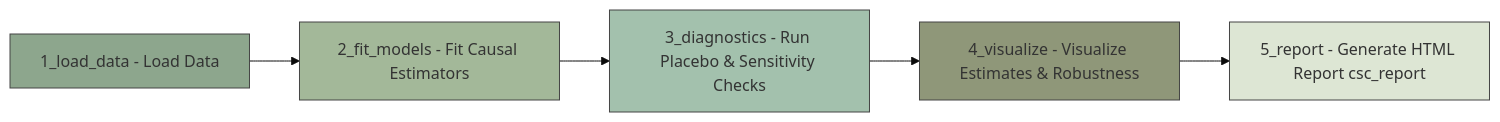
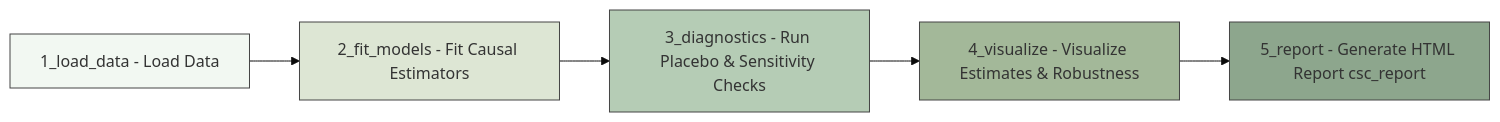
The diagram in README.md (yryrena/causalSenseCheck), drawn with Mermaid (base theme) before and after one commit.

````diff
--- a/README.md
+++ b/README.md
@@ -14,13 +14,13 @@
 ```mermaid
 flowchart LR
     A[1_load_data - Load Data] --> B[2_fit_models - Fit Causal Estimators]
     B --> C[3_diagnostics - Run Placebo & Sensitivity Checks]
     C --> D[4_visualize - Visualize Estimates & Robustness]
     D --> E[5_report - Generate HTML Report csc_report]
 
-    style A fill:#8da68d,stroke:#444,stroke-width:1px
-    style B fill:#a3b899,stroke:#444,stroke-width:1px
-    style C fill:#a3c1ad,stroke:#444,stroke-width:1px
-    style D fill:#8f9779,stroke:#444,stroke-width:1px
-    style E fill:#dde6d4,stroke:#444,stroke-width:1px
+    style A fill:#f2f8f2,stroke:#444,stroke-width:1px
+    style B fill:#dde6d4,stroke:#444,stroke-width:1px
+    style C fill:#b5ccb5,stroke:#444,stroke-width:1px
+    style D fill:#a3b899,stroke:#444,stroke-width:1px
+    style E fill:#8da68d,stroke:#444,stroke-width:1px
 ```
````
